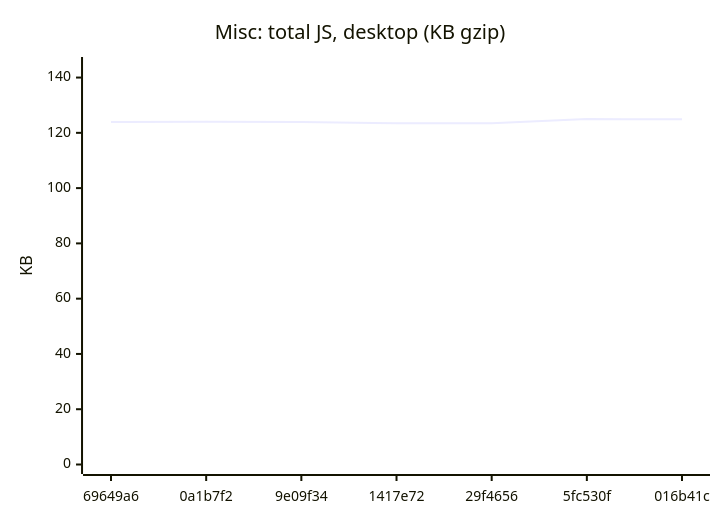
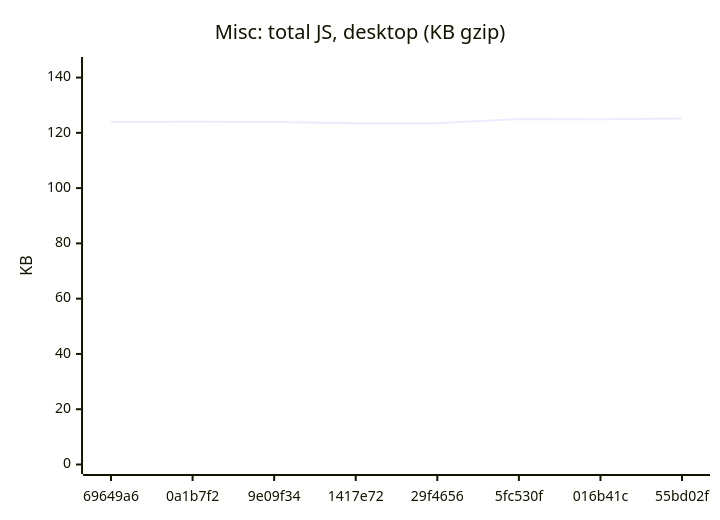
Before and after one commit to AxelUser/maltsev.space: the seventh of 18 diagrams in README.md, drawn with Mermaid. The commit also changed other lines of this file and 1 other file, not shown here.

````diff
--- a/README.md
+++ b/README.md
@@ -89,7 +89,7 @@
 ```mermaid
 xychart-beta
   title "Misc: total JS, desktop (KB gzip)"
-  x-axis ["69649a6", "0a1b7f2", "9e09f34", "1417e72", "29f4656", "5fc530f", "016b41c"]
+  x-axis ["69649a6", "0a1b7f2", "9e09f34", "1417e72", "29f4656", "5fc530f", "016b41c", "55bd02f"]
   y-axis "KB" 0 --> 144
-  line [123.9, 124, 123.9, 123.5, 123.5, 125, 124.9]
+  line [123.9, 124, 123.9, 123.5, 123.5, 125, 124.9, 125.2]
 ```
````
